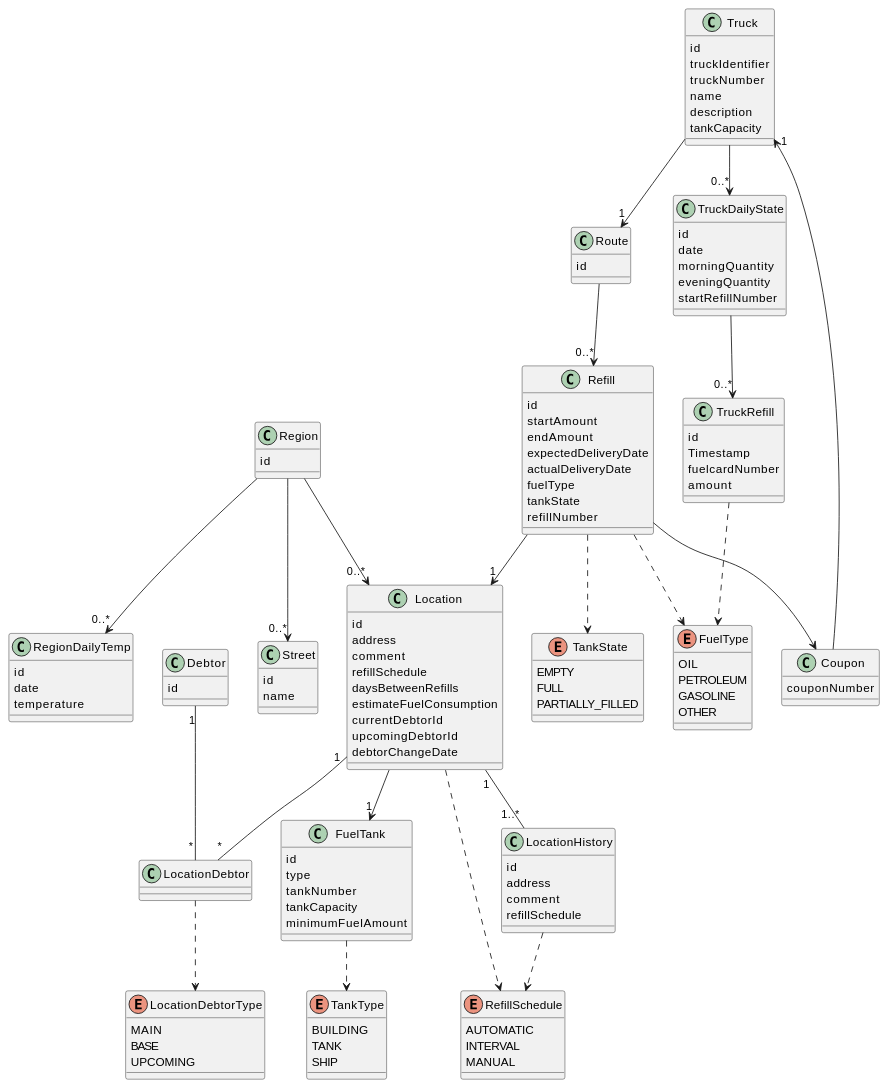
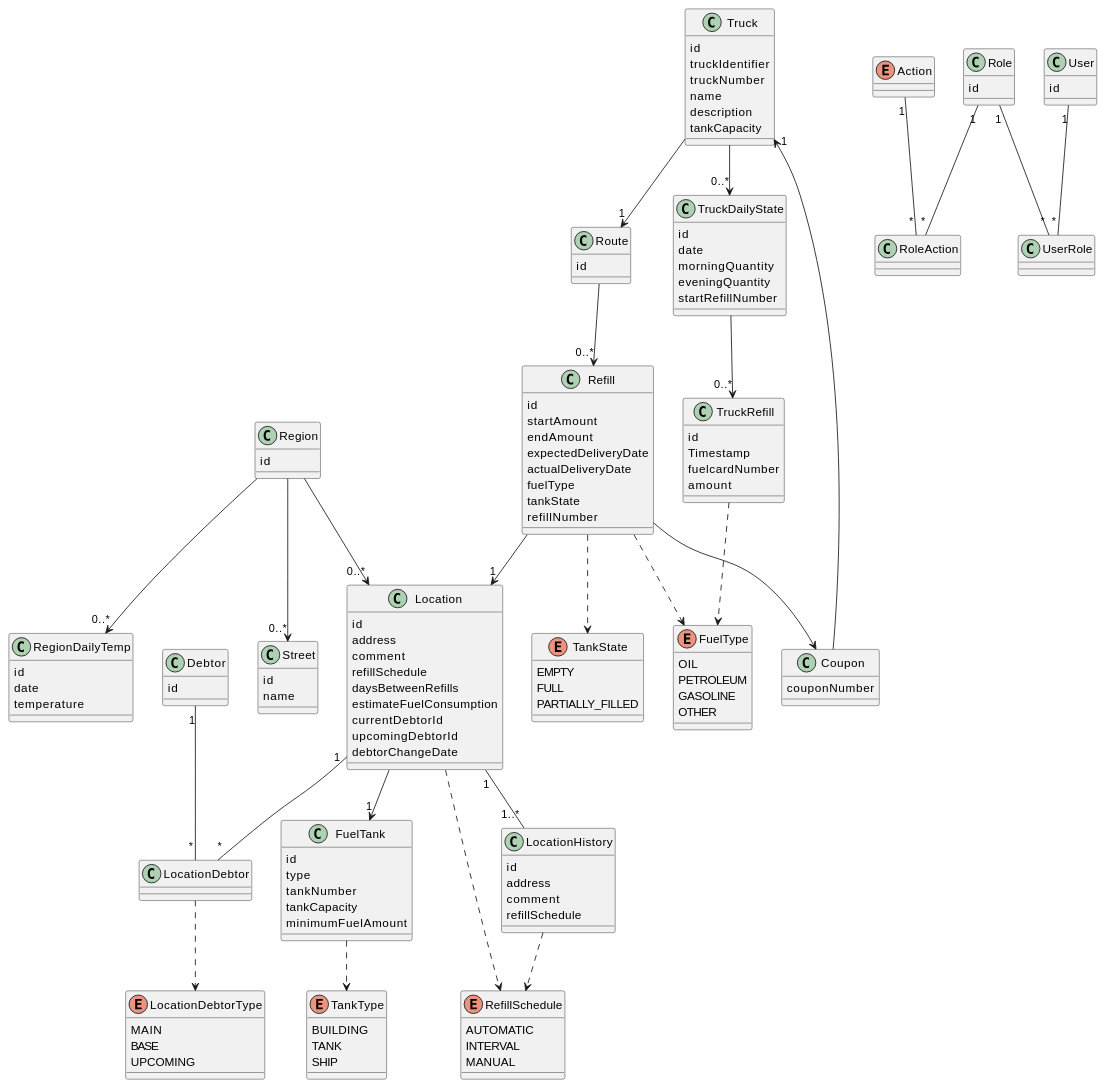
One commit to IT-Minds/client_comby_oilcontrols changed the diagram in docs/entity-datamodel.md. Above: the diagram before and after it, drawn with PlantUML. The commit also changed other lines of this file, not shown here.

Commit message:
updated the dm diagram.

````diff
--- a/docs/entity-datamodel.md
+++ b/docs/entity-datamodel.md
@@ -128,6 +130,26 @@
   UPCOMING
 }
 
+enum Action {
+
+}
+
+class RoleAction {
+
+}
+
+class Role {
+  id
+}
+
+class UserRole {
+
+}
+
+class User {
+  id
+}
+
 Truck --> "1" Route
 Route --> "0..*" Refill
 Refill --> "1" Location
@@ -149,6 +171,11 @@
 LocationHistory ..> RefillSchedule
 Location "1" -- "1..*" LocationHistory
 LocationDebtor ..> LocationDebtorType
+
+Action "1" -- "*" RoleAction
+Role "1" -- "*" RoleAction
+Role "1" -- "*" UserRole
+User "1" -- "*" UserRole
 @enduml
 
 ```
````
